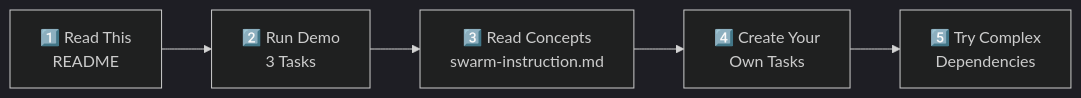
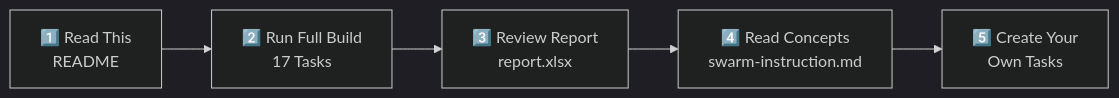
One commit to lenvolk/simplepetapp changed the fifth of 5 diagrams in README.md. Above: the diagram before and after it, drawn with Mermaid (dark theme). The commit also changed other lines of this file and 7 other files, not shown here.

Commit message:
Refactor documentation and cleanup scripts: remove demo tasks, update implementation references, and enhance report tracking setup for multi-agent orchestration.

````diff
--- a/README.md
+++ b/README.md
@@ -309,7 +310,7 @@
 ```mermaid
 flowchart LR
-    A["1️⃣ Read This<br/>README"] --> B["2️⃣ Run Demo<br/>3 Tasks"]
-    B --> C["3️⃣ Read Concepts<br/>swarm-instruction.md"]
-    C --> D["4️⃣ Create Your<br/>Own Tasks"]
-    D --> E["5️⃣ Try Complex<br/>Dependencies"]
+    A["1️⃣ Read This<br/>README"] --> B["2️⃣ Run Full Build<br/>17 Tasks"]
+    B --> C["3️⃣ Review Report<br/>report.xlsx"]
+    C --> D["4️⃣ Read Concepts<br/>swarm-instruction.md"]
+    D --> E["5️⃣ Create Your<br/>Own Tasks"]
 ```
````
